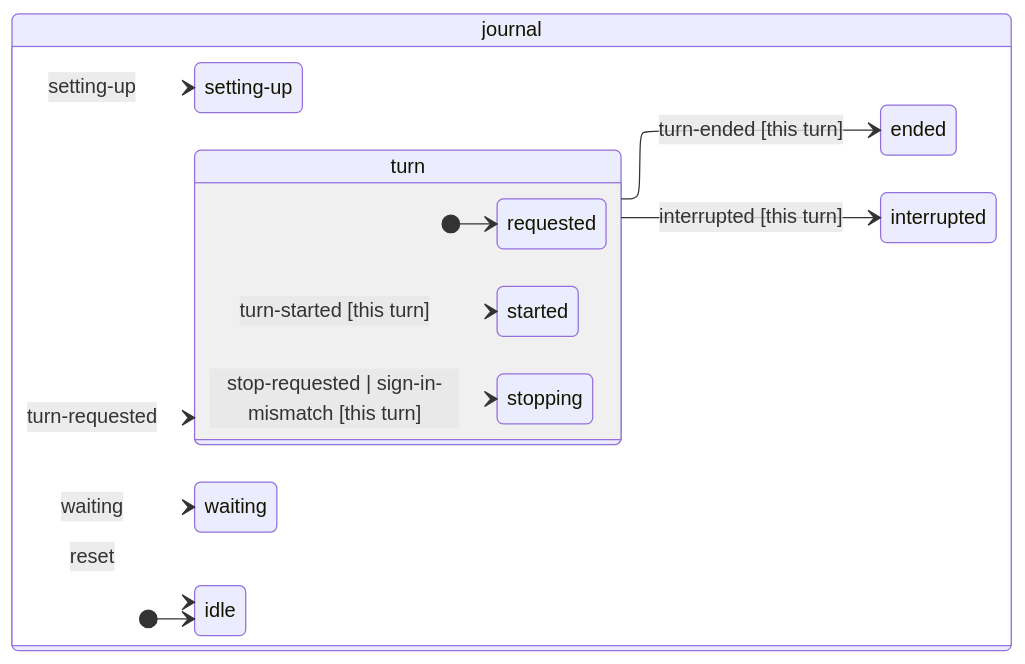
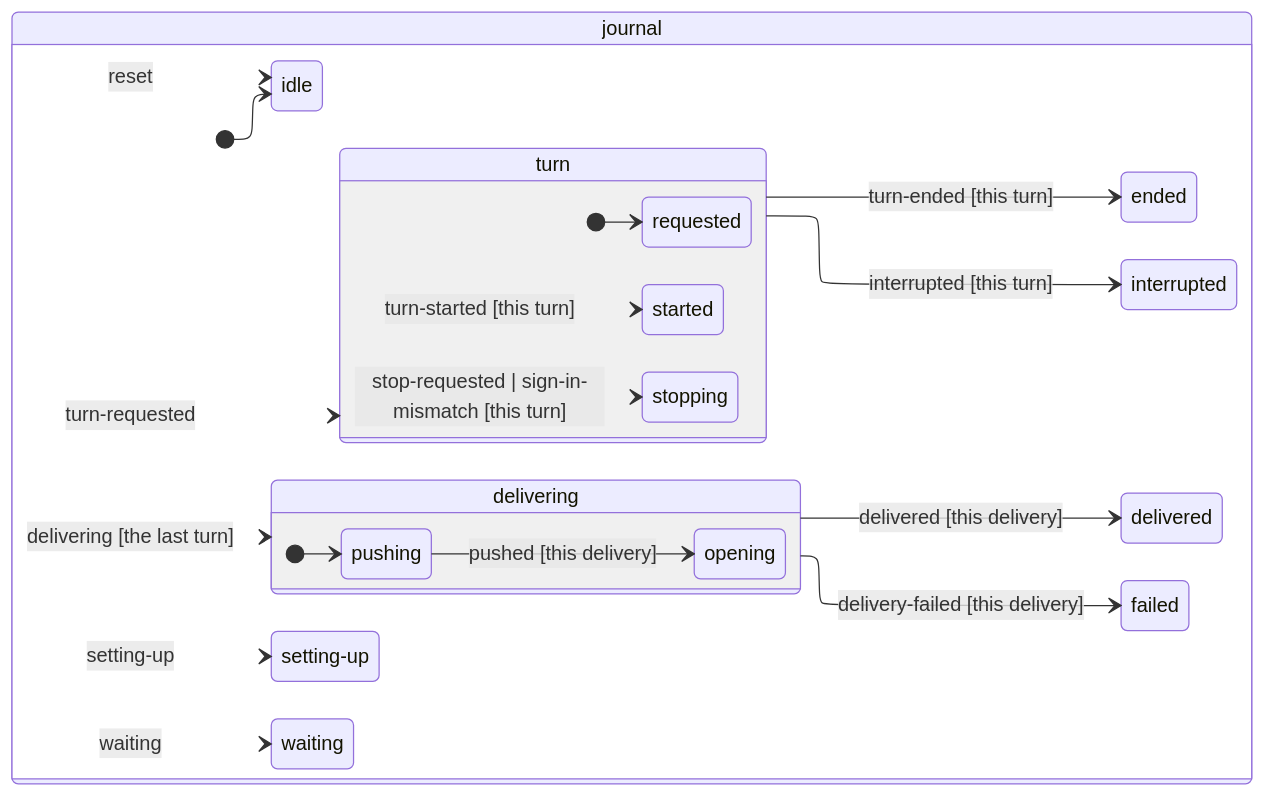
Before and after one commit to jonhilt/focus-hq: the first of 2 diagrams in docs/agents.md, drawn with Mermaid. The commit also changed other lines of this file and 8 other files, not shown here.

Commit message:
A developer's work onto GitHub is journaled step by step, keyed by the turn whose work it is (delivering, pushed, delivered, delivery-failed): the run machine has delivering.pushing → opening → delivered | failed, and a restart part way finishes the pull request without another turn

````diff
--- a/docs/agents.md
+++ b/docs/agents.md
@@ -27,31 +27,42 @@
 ```mermaid
 ---
 config:
   layout: elk
 ---
 stateDiagram-v2
   direction LR
   state "journal" as journal {
     [*] --> journal_idle
     state "idle" as journal_idle
     state "waiting" as journal_waiting
     state "setting-up" as journal_setting_up
     state "turn" as journal_turn {
       [*] --> journal_turn_requested
       state "requested" as journal_turn_requested
       state "started" as journal_turn_started
       state "stopping" as journal_turn_stopping
     }
     state "ended" as journal_ended
     state "interrupted" as journal_interrupted
+    state "delivering" as journal_delivering {
+      [*] --> journal_delivering_pushing
+      state "pushing" as journal_delivering_pushing
+      state "opening" as journal_delivering_opening
+    }
+    state "delivered" as journal_delivered
+    state "failed" as journal_failed
   }
   journal_turn --> journal_turn_started : turn-started [this turn]
   journal_turn --> journal_turn_stopping : stop-requested | sign-in-mismatch [this turn]
   journal_turn --> journal_ended : turn-ended [this turn]
   journal_turn --> journal_interrupted : interrupted [this turn]
+  journal_delivering_pushing --> journal_delivering_opening : pushed [this delivery]
+  journal_delivering --> journal_delivered : delivered [this delivery]
+  journal_delivering --> journal_failed : delivery-failed [this delivery]
   journal --> journal_idle : reset
+  journal --> journal_delivering : delivering [the last turn]
   journal --> journal_waiting : waiting
   journal --> journal_setting_up : setting-up
   journal --> journal_turn : turn-requested
   classDef final fill:#1d3320,stroke:#9fd39f,color:#e8e4d8
 ```
````
